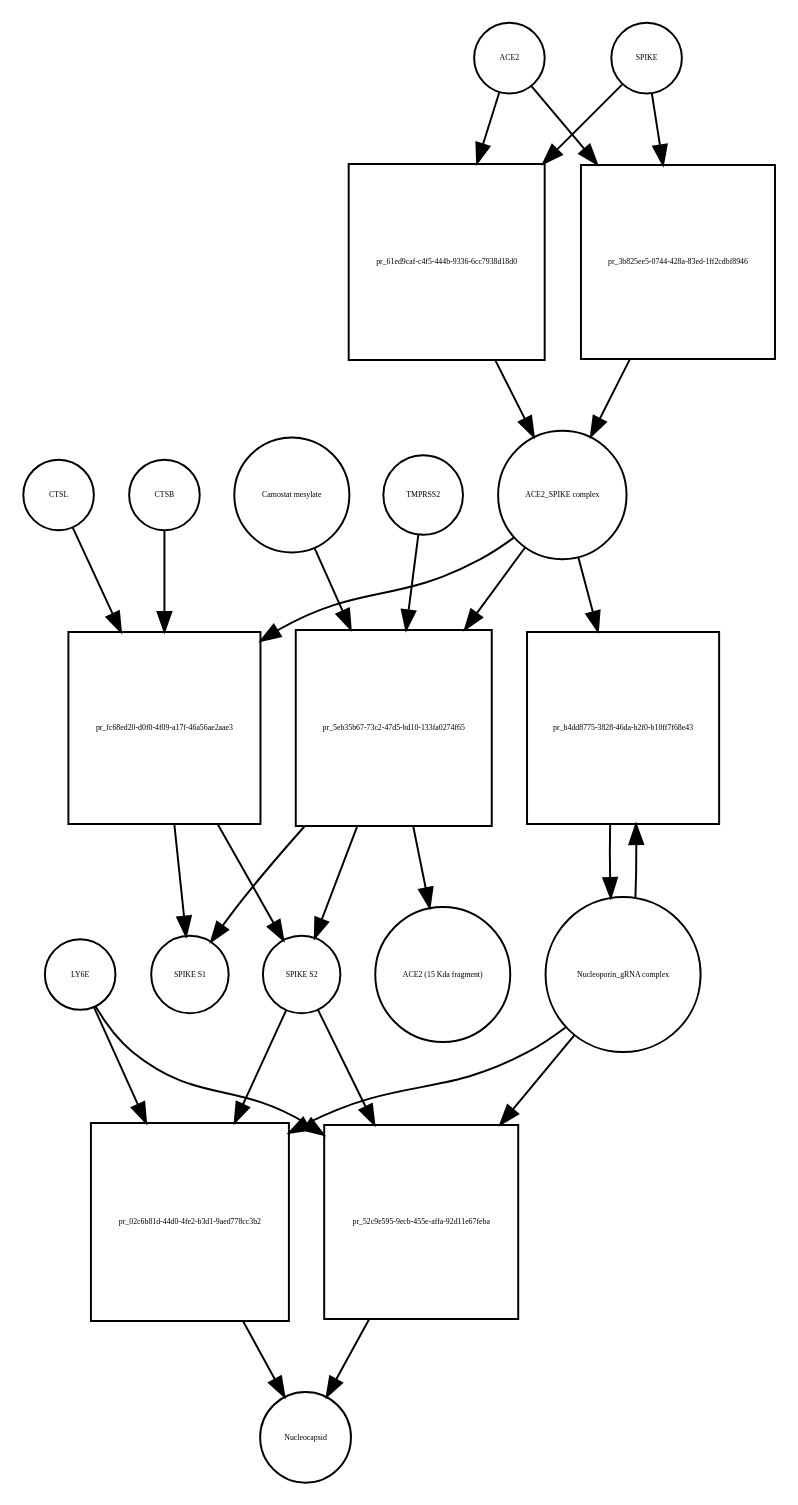
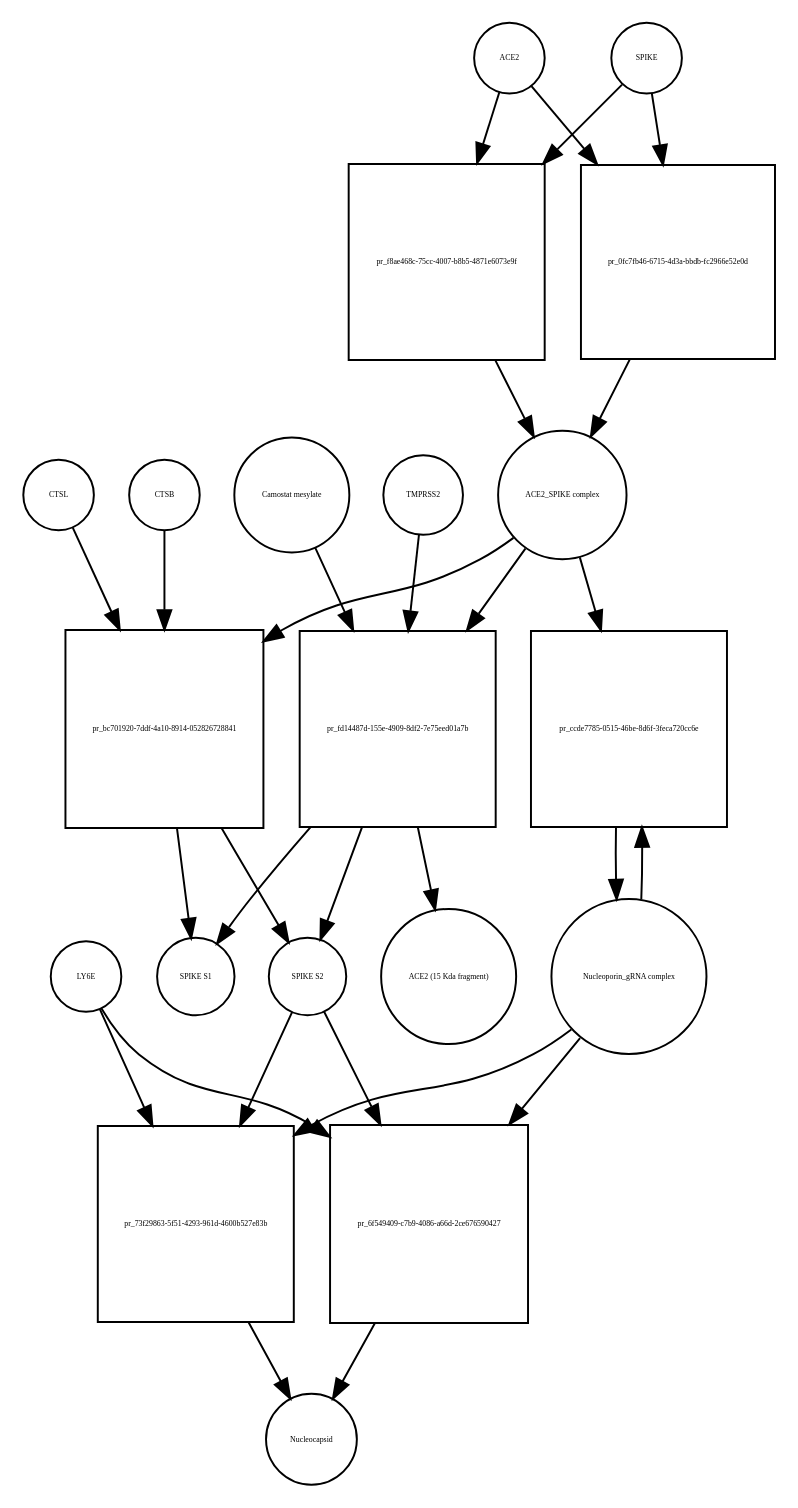
The diagram in Virus_replication_cycle_V01.xml_bipartite.dot (cannin/covid19-sbgn), drawn with Graphviz before and after one commit. The commit also changed 637 other files, not shown here.

```diff
--- a/Virus_replication_cycle_V01.xml_bipartite.dot
+++ b/Virus_replication_cycle_V01.xml_bipartite.dot
@@ -1,50 +1,50 @@
 strict digraph  {
 ACE2 [annotation="", bipartite=0, cls=macromolecule, fontsize=4, label=ACE2, shape=circle];
-"pr_61ed9caf-c4f5-444b-9336-6cc7938d18d0" [annotation="", bipartite=1, cls=process, fontsize=4, label="pr_61ed9caf-c4f5-444b-9336-6cc7938d18d0", shape=square];
+"pr_f8ae468c-75cc-4007-b8b5-4871e6073e9f" [annotation="", bipartite=1, cls=process, fontsize=4, label="pr_f8ae468c-75cc-4007-b8b5-4871e6073e9f", shape=square];
 "ACE2_SPIKE complex" [annotation="", bipartite=0, cls=complex, fontsize=4, label="ACE2_SPIKE complex", shape=circle];
 SPIKE [annotation="", bipartite=0, cls="macromolecule multimer", fontsize=4, label=SPIKE, shape=circle];
 "Nucleoporin_gRNA complex " [annotation="", bipartite=0, cls=complex, fontsize=4, label="Nucleoporin_gRNA complex ", shape=circle];
-"pr_b4dd8775-3828-46da-b2f0-b10ff7f68e43" [annotation="", bipartite=1, cls=process, fontsize=4, label="pr_b4dd8775-3828-46da-b2f0-b10ff7f68e43", shape=square];
-"pr_fc68ed20-d0f0-4f09-a17f-46a56ae2aae3" [annotation="", bipartite=1, cls=process, fontsize=4, label="pr_fc68ed20-d0f0-4f09-a17f-46a56ae2aae3", shape=square];
+"pr_ccde7785-0515-46be-8d6f-3feca720cc6e" [annotation="", bipartite=1, cls=process, fontsize=4, label="pr_ccde7785-0515-46be-8d6f-3feca720cc6e", shape=square];
+"pr_bc701920-7ddf-4a10-8914-052826728841" [annotation="", bipartite=1, cls=process, fontsize=4, label="pr_bc701920-7ddf-4a10-8914-052826728841", shape=square];
 "SPIKE S2" [annotation="", bipartite=0, cls=macromolecule, fontsize=4, label="SPIKE S2", shape=circle];
 CTSB [annotation="", bipartite=0, cls=macromolecule, fontsize=4, label=CTSB, shape=circle];
 CTSL [annotation="", bipartite=0, cls=macromolecule, fontsize=4, label=CTSL, shape=circle];
 "SPIKE S1" [annotation="", bipartite=0, cls=macromolecule, fontsize=4, label="SPIKE S1", shape=circle];
-"pr_02c6b81d-44d0-4fe2-b3d1-9aed778cc3b2" [annotation="", bipartite=1, cls=process, fontsize=4, label="pr_02c6b81d-44d0-4fe2-b3d1-9aed778cc3b2", shape=square];
+"pr_73f29863-5f51-4293-961d-4600b527e83b" [annotation="", bipartite=1, cls=process, fontsize=4, label="pr_73f29863-5f51-4293-961d-4600b527e83b", shape=square];
 Nucleocapsid [annotation="", bipartite=0, cls=complex, fontsize=4, label=Nucleocapsid, shape=circle];
 LY6E [annotation="", bipartite=0, cls=macromolecule, fontsize=4, label=LY6E, shape=circle];
-"pr_5eb35b67-73c2-47d5-bd10-133fa0274f65" [annotation="", bipartite=1, cls=process, fontsize=4, label="pr_5eb35b67-73c2-47d5-bd10-133fa0274f65", shape=square];
+"pr_fd14487d-155e-4909-8df2-7e75eed01a7b" [annotation="", bipartite=1, cls=process, fontsize=4, label="pr_fd14487d-155e-4909-8df2-7e75eed01a7b", shape=square];
 TMPRSS2 [annotation="", bipartite=0, cls=macromolecule, fontsize=4, label=TMPRSS2, shape=circle];
 "Camostat mesylate" [annotation="urn_miriam_pubchem.compound_2536", bipartite=0, cls="simple chemical", fontsize=4, label="Camostat mesylate", shape=circle];
 "ACE2 (15 Kda fragment)" [annotation="", bipartite=0, cls=macromolecule, fontsize=4, label="ACE2 (15 Kda fragment)", shape=circle];
-"pr_3b825ee5-0744-428a-83ed-1ff2cdbf8946" [annotation="", bipartite=1, cls=process, fontsize=4, label="pr_3b825ee5-0744-428a-83ed-1ff2cdbf8946", shape=square];
-"pr_52c9e595-9ecb-455e-affa-92d11e67feba" [annotation="", bipartite=1, cls=process, fontsize=4, label="pr_52c9e595-9ecb-455e-affa-92d11e67feba", shape=square];
-ACE2 -> "pr_61ed9caf-c4f5-444b-9336-6cc7938d18d0"  [annotation="", interaction_type=consumption];
-ACE2 -> "pr_3b825ee5-0744-428a-83ed-1ff2cdbf8946"  [annotation="", interaction_type=consumption];
-"pr_61ed9caf-c4f5-444b-9336-6cc7938d18d0" -> "ACE2_SPIKE complex"  [annotation="", interaction_type=production];
-"ACE2_SPIKE complex" -> "pr_b4dd8775-3828-46da-b2f0-b10ff7f68e43"  [annotation="urn_miriam_pubmed_32142651|urn_miriam_pubmed_32094589", interaction_type=stimulation];
-"ACE2_SPIKE complex" -> "pr_fc68ed20-d0f0-4f09-a17f-46a56ae2aae3"  [annotation="", interaction_type=consumption];
-"ACE2_SPIKE complex" -> "pr_5eb35b67-73c2-47d5-bd10-133fa0274f65"  [annotation="", interaction_type=consumption];
-SPIKE -> "pr_61ed9caf-c4f5-444b-9336-6cc7938d18d0"  [annotation="", interaction_type=consumption];
-SPIKE -> "pr_3b825ee5-0744-428a-83ed-1ff2cdbf8946"  [annotation="", interaction_type=consumption];
-"Nucleoporin_gRNA complex " -> "pr_b4dd8775-3828-46da-b2f0-b10ff7f68e43"  [annotation="", interaction_type=consumption];
-"Nucleoporin_gRNA complex " -> "pr_02c6b81d-44d0-4fe2-b3d1-9aed778cc3b2"  [annotation="", interaction_type=consumption];
-"Nucleoporin_gRNA complex " -> "pr_52c9e595-9ecb-455e-affa-92d11e67feba"  [annotation="", interaction_type=consumption];
-"pr_b4dd8775-3828-46da-b2f0-b10ff7f68e43" -> "Nucleoporin_gRNA complex "  [annotation="", interaction_type=production];
-"pr_fc68ed20-d0f0-4f09-a17f-46a56ae2aae3" -> "SPIKE S2"  [annotation="", interaction_type=production];
-"pr_fc68ed20-d0f0-4f09-a17f-46a56ae2aae3" -> "SPIKE S1"  [annotation="", interaction_type=production];
-"SPIKE S2" -> "pr_02c6b81d-44d0-4fe2-b3d1-9aed778cc3b2"  [annotation="urn_miriam_doi_10.1101%2F2020.03.05.979260|urn_miriam_pubmed_32142651|urn_miriam_pubmed_32094589", interaction_type=stimulation];
-"SPIKE S2" -> "pr_52c9e595-9ecb-455e-affa-92d11e67feba"  [annotation="urn_miriam_doi_10.1101%2F2020.03.05.979260", interaction_type=stimulation];
-CTSB -> "pr_fc68ed20-d0f0-4f09-a17f-46a56ae2aae3"  [annotation=urn_miriam_pubmed_32142651, interaction_type=catalysis];
-CTSL -> "pr_fc68ed20-d0f0-4f09-a17f-46a56ae2aae3"  [annotation=urn_miriam_pubmed_32142651, interaction_type=catalysis];
-"pr_02c6b81d-44d0-4fe2-b3d1-9aed778cc3b2" -> Nucleocapsid  [annotation="", interaction_type=production];
-LY6E -> "pr_02c6b81d-44d0-4fe2-b3d1-9aed778cc3b2"  [annotation="urn_miriam_doi_10.1101%2F2020.03.05.979260|urn_miriam_pubmed_32142651|urn_miriam_pubmed_32094589", interaction_type=inhibition];
-LY6E -> "pr_52c9e595-9ecb-455e-affa-92d11e67feba"  [annotation="urn_miriam_doi_10.1101%2F2020.03.05.979260", interaction_type=inhibition];
-"pr_5eb35b67-73c2-47d5-bd10-133fa0274f65" -> "SPIKE S2"  [annotation="", interaction_type=production];
-"pr_5eb35b67-73c2-47d5-bd10-133fa0274f65" -> "SPIKE S1"  [annotation="", interaction_type=production];
-"pr_5eb35b67-73c2-47d5-bd10-133fa0274f65" -> "ACE2 (15 Kda fragment)"  [annotation="", interaction_type=production];
-TMPRSS2 -> "pr_5eb35b67-73c2-47d5-bd10-133fa0274f65"  [annotation="urn_miriam_pubmed_32142651|urn_miriam_pubmed_32094589|urn_miriam_pubmed_24227843", interaction_type=catalysis];
-"Camostat mesylate" -> "pr_5eb35b67-73c2-47d5-bd10-133fa0274f65"  [annotation="urn_miriam_pubmed_32142651|urn_miriam_pubmed_32094589|urn_miriam_pubmed_24227843", interaction_type=inhibition];
-"pr_3b825ee5-0744-428a-83ed-1ff2cdbf8946" -> "ACE2_SPIKE complex"  [annotation="", interaction_type=production];
-"pr_52c9e595-9ecb-455e-affa-92d11e67feba" -> Nucleocapsid  [annotation="", interaction_type=production];
+"pr_0fc7fb46-6715-4d3a-bbdb-fc2966e52e0d" [annotation="", bipartite=1, cls=process, fontsize=4, label="pr_0fc7fb46-6715-4d3a-bbdb-fc2966e52e0d", shape=square];
+"pr_6f549409-c7b9-4086-a66d-2ce676590427" [annotation="", bipartite=1, cls=process, fontsize=4, label="pr_6f549409-c7b9-4086-a66d-2ce676590427", shape=square];
+ACE2 -> "pr_f8ae468c-75cc-4007-b8b5-4871e6073e9f"  [annotation="", interaction_type=consumption];
+ACE2 -> "pr_0fc7fb46-6715-4d3a-bbdb-fc2966e52e0d"  [annotation="", interaction_type=consumption];
+"pr_f8ae468c-75cc-4007-b8b5-4871e6073e9f" -> "ACE2_SPIKE complex"  [annotation="", interaction_type=production];
+"ACE2_SPIKE complex" -> "pr_ccde7785-0515-46be-8d6f-3feca720cc6e"  [annotation="urn_miriam_pubmed_32142651|urn_miriam_pubmed_32094589", interaction_type=stimulation];
+"ACE2_SPIKE complex" -> "pr_bc701920-7ddf-4a10-8914-052826728841"  [annotation="", interaction_type=consumption];
+"ACE2_SPIKE complex" -> "pr_fd14487d-155e-4909-8df2-7e75eed01a7b"  [annotation="", interaction_type=consumption];
+SPIKE -> "pr_f8ae468c-75cc-4007-b8b5-4871e6073e9f"  [annotation="", interaction_type=consumption];
+SPIKE -> "pr_0fc7fb46-6715-4d3a-bbdb-fc2966e52e0d"  [annotation="", interaction_type=consumption];
+"Nucleoporin_gRNA complex " -> "pr_ccde7785-0515-46be-8d6f-3feca720cc6e"  [annotation="", interaction_type=consumption];
+"Nucleoporin_gRNA complex " -> "pr_73f29863-5f51-4293-961d-4600b527e83b"  [annotation="", interaction_type=consumption];
+"Nucleoporin_gRNA complex " -> "pr_6f549409-c7b9-4086-a66d-2ce676590427"  [annotation="", interaction_type=consumption];
+"pr_ccde7785-0515-46be-8d6f-3feca720cc6e" -> "Nucleoporin_gRNA complex "  [annotation="", interaction_type=production];
+"pr_bc701920-7ddf-4a10-8914-052826728841" -> "SPIKE S2"  [annotation="", interaction_type=production];
+"pr_bc701920-7ddf-4a10-8914-052826728841" -> "SPIKE S1"  [annotation="", interaction_type=production];
+"SPIKE S2" -> "pr_73f29863-5f51-4293-961d-4600b527e83b"  [annotation="urn_miriam_doi_10.1101%2F2020.03.05.979260|urn_miriam_pubmed_32142651|urn_miriam_pubmed_32094589", interaction_type=stimulation];
+"SPIKE S2" -> "pr_6f549409-c7b9-4086-a66d-2ce676590427"  [annotation="urn_miriam_doi_10.1101%2F2020.03.05.979260", interaction_type=stimulation];
+CTSB -> "pr_bc701920-7ddf-4a10-8914-052826728841"  [annotation=urn_miriam_pubmed_32142651, interaction_type=catalysis];
+CTSL -> "pr_bc701920-7ddf-4a10-8914-052826728841"  [annotation=urn_miriam_pubmed_32142651, interaction_type=catalysis];
+"pr_73f29863-5f51-4293-961d-4600b527e83b" -> Nucleocapsid  [annotation="", interaction_type=production];
+LY6E -> "pr_73f29863-5f51-4293-961d-4600b527e83b"  [annotation="urn_miriam_doi_10.1101%2F2020.03.05.979260|urn_miriam_pubmed_32142651|urn_miriam_pubmed_32094589", interaction_type=inhibition];
+LY6E -> "pr_6f549409-c7b9-4086-a66d-2ce676590427"  [annotation="urn_miriam_doi_10.1101%2F2020.03.05.979260", interaction_type=inhibition];
+"pr_fd14487d-155e-4909-8df2-7e75eed01a7b" -> "SPIKE S2"  [annotation="", interaction_type=production];
+"pr_fd14487d-155e-4909-8df2-7e75eed01a7b" -> "SPIKE S1"  [annotation="", interaction_type=production];
+"pr_fd14487d-155e-4909-8df2-7e75eed01a7b" -> "ACE2 (15 Kda fragment)"  [annotation="", interaction_type=production];
+TMPRSS2 -> "pr_fd14487d-155e-4909-8df2-7e75eed01a7b"  [annotation="urn_miriam_pubmed_32142651|urn_miriam_pubmed_32094589|urn_miriam_pubmed_24227843", interaction_type=catalysis];
+"Camostat mesylate" -> "pr_fd14487d-155e-4909-8df2-7e75eed01a7b"  [annotation="urn_miriam_pubmed_32142651|urn_miriam_pubmed_32094589|urn_miriam_pubmed_24227843", interaction_type=inhibition];
+"pr_0fc7fb46-6715-4d3a-bbdb-fc2966e52e0d" -> "ACE2_SPIKE complex"  [annotation="", interaction_type=production];
+"pr_6f549409-c7b9-4086-a66d-2ce676590427" -> Nucleocapsid  [annotation="", interaction_type=production];
 }
```
